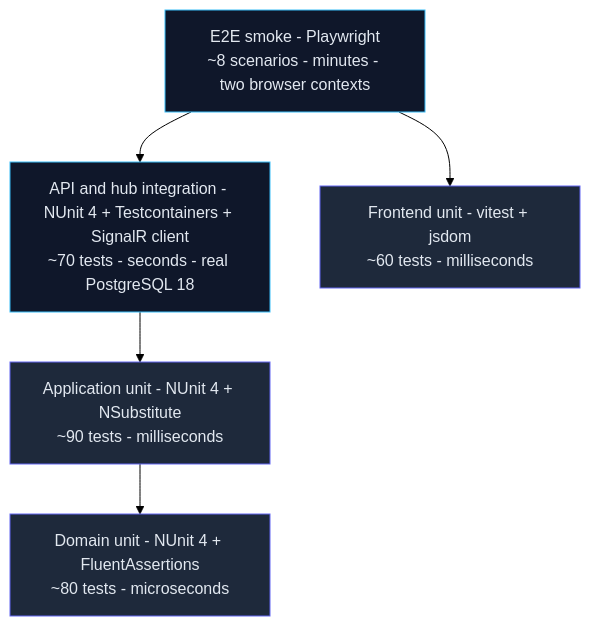
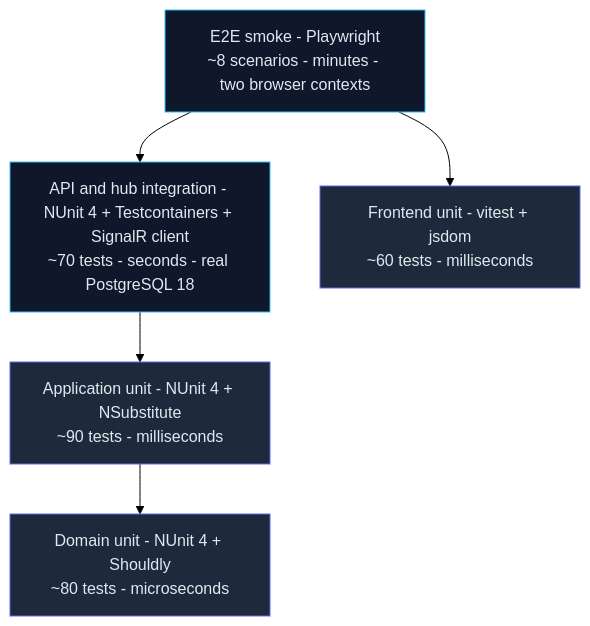
One commit to Nur-Al-Mumit/tic-tac-toe changed the diagram in docs/05-quality/testing-strategy.md. Above: the diagram before and after it, drawn with Mermaid (forest theme). The commit also changed other lines of this file and 10 other files, not shown here.

Commit message:
docs: use Shouldly as the sole assertion library alongside NUnit (ADR-0014)

````diff
--- a/docs/05-quality/testing-strategy.md
+++ b/docs/05-quality/testing-strategy.md
@@ -18,16 +18,16 @@
 ```mermaid
 flowchart TD
     E2E["E2E smoke - Playwright<br/>~8 scenarios - minutes - two browser contexts"]
     INT["API and hub integration - NUnit 4 + Testcontainers + SignalR client<br/>~70 tests - seconds - real PostgreSQL 18"]
     APP["Application unit - NUnit 4 + NSubstitute<br/>~90 tests - milliseconds"]
-    DOM["Domain unit - NUnit 4 + FluentAssertions<br/>~80 tests - microseconds"]
+    DOM["Domain unit - NUnit 4 + Shouldly<br/>~80 tests - microseconds"]
     FE["Frontend unit - vitest + jsdom<br/>~60 tests - milliseconds"]
     E2E --> INT
     E2E --> FE
     INT --> APP
     APP --> DOM
     classDef fast fill:#1e293b,stroke:#6366f1,color:#e2e8f0
     classDef slow fill:#0f172a,stroke:#38bdf8,color:#e2e8f0
     class DOM,APP,FE fast
     class INT,E2E slow
 ```
````
